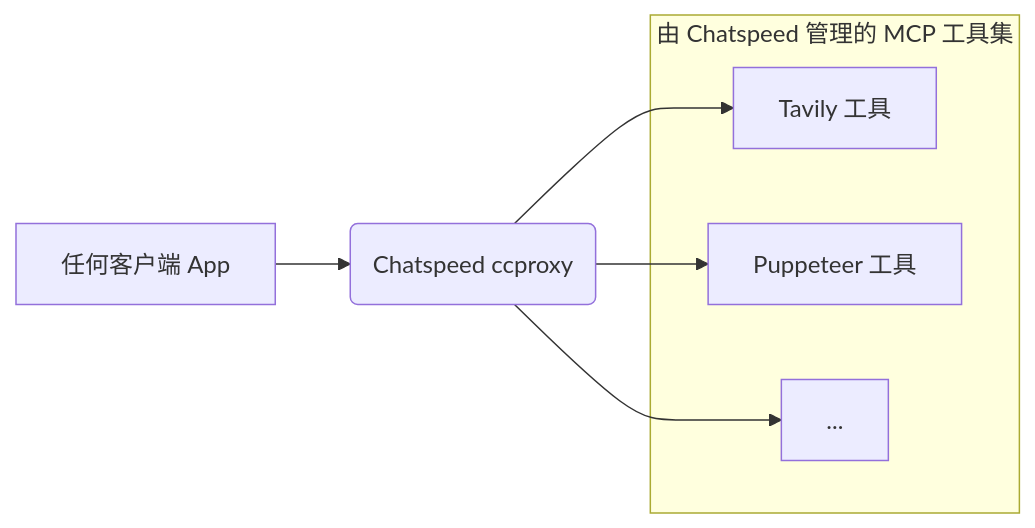
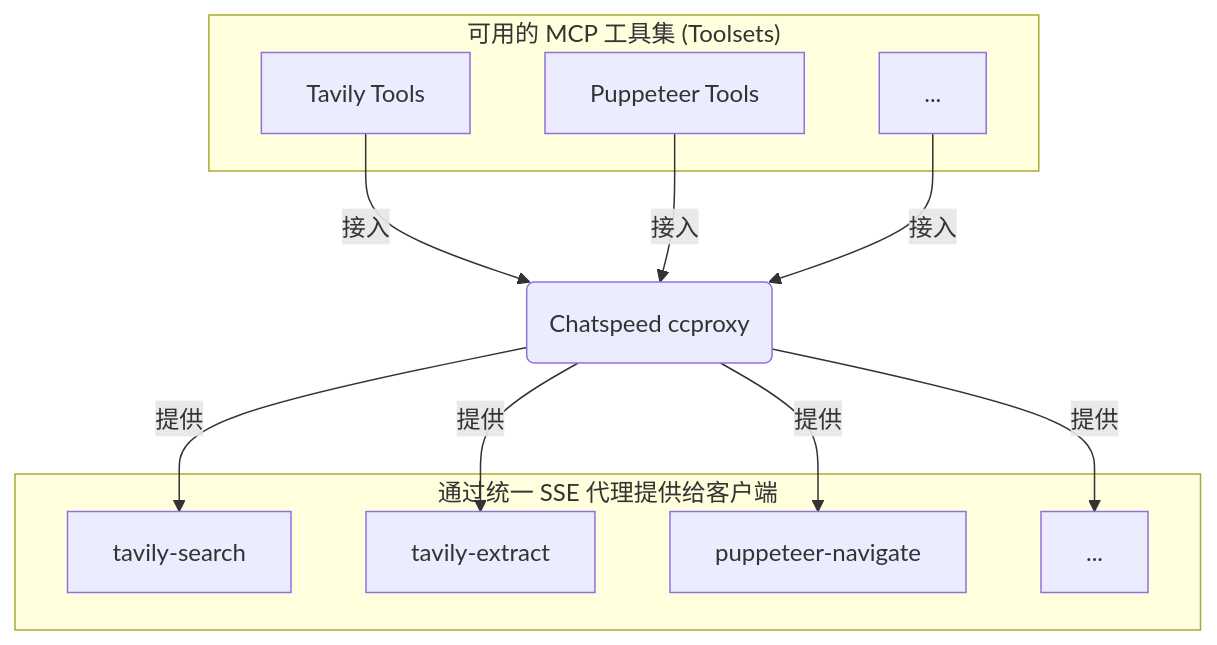
The second of 2 diagrams in README.zh-CN.md (aidyou/chatspeed), drawn with Mermaid before and after one commit. The commit also changed other lines of this file and 1 other file, not shown here.

Commit message:
docs: Revamp READMEs with diagrams and installation guide

````diff
--- a/README.zh-CN.md
+++ b/README.zh-CN.md
@@ -33,14 +37,26 @@
 ```mermaid
-graph LR
-    A[任何客户端 App] --> B(Chatspeed ccproxy)
-
-    subgraph "由 Chatspeed 管理的 MCP 工具集"
-        C[Tavily 工具]
-        D[Puppeteer 工具]
-        E[...]
+graph TD
+    subgraph "可用的 MCP 工具集 (Toolsets)"
+        A[Tavily Tools]
+        B[Puppeteer Tools]
+        C[...]
     end
 
-    B --> C
-    B --> D
-    B --> E
+    P(Chatspeed ccproxy)
+
+    subgraph "通过统一 SSE 代理提供给客户端"
+        D[tavily-search]
+        E[tavily-extract]
+        F[puppeteer-navigate]
+        G[...]
+    end
+
+    A -- "接入" --> P
+    B -- "接入" --> P
+    C -- "接入" --> P
+
+    P -- "提供" --> D
+    P -- "提供" --> E
+    P -- "提供" --> F
+    P -- "提供" --> G
 ```
````
